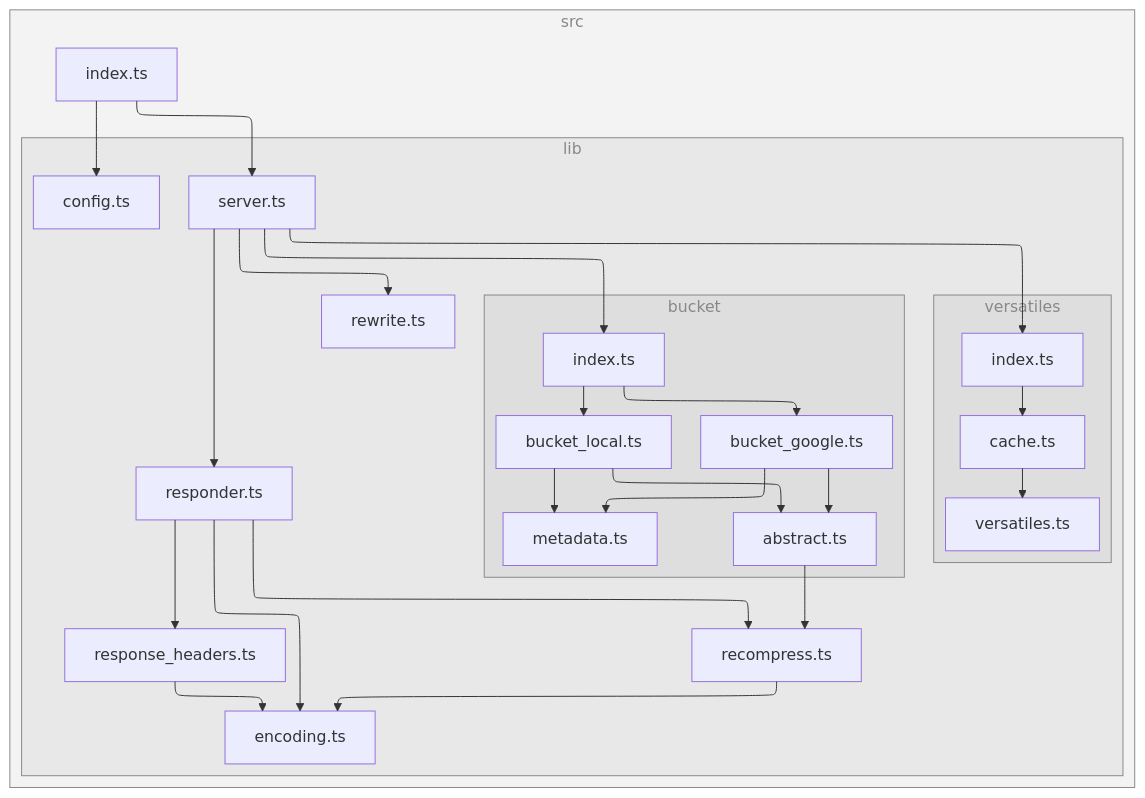
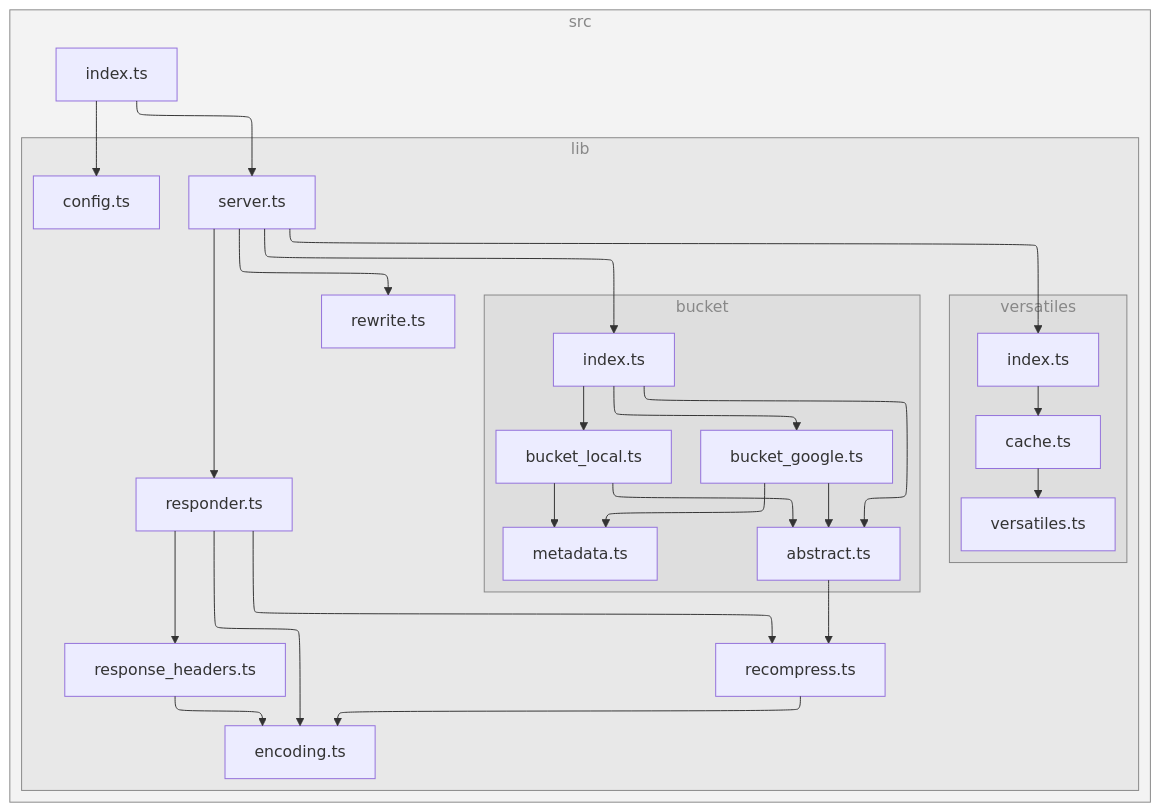
Before and after one commit to versatiles-org/node-versatiles-google-cloud: the diagram in README.md, drawn with Mermaid. The commit also changed 5 other files, not shown here.

````diff
--- a/README.md
+++ b/README.md
@@ -318,55 +318,56 @@
 ```mermaid
 ---
 config:
   layout: elk
 ---
 flowchart TB
 
 subgraph 0["src"]
 1["index.ts"]
 subgraph 2["lib"]
 3["config.ts"]
 4["server.ts"]
 subgraph 5["bucket"]
 6["index.ts"]
-7["bucket_google.ts"]
-8["abstract.ts"]
+7["abstract.ts"]
+A["bucket_google.ts"]
 B["metadata.ts"]
 C["bucket_local.ts"]
 end
-9["recompress.ts"]
-A["encoding.ts"]
+8["recompress.ts"]
+9["encoding.ts"]
 D["responder.ts"]
 E["response_headers.ts"]
 F["rewrite.ts"]
 subgraph G["versatiles"]
 H["index.ts"]
 I["cache.ts"]
 J["versatiles.ts"]
 end
 end
 end
 1-->3
 1-->4
 4-->6
 4-->D
 4-->F
 4-->H
 6-->7
+6-->A
 6-->C
 7-->8
-7-->B
 8-->9
-9-->A
-C-->8
+A-->7
+A-->B
+C-->7
 C-->B
-D-->A
 D-->9
+D-->8
 D-->E
-E-->A
+E-->9
 H-->I
 I-->J
 
 class 0,2,5,G subgraphs;
 classDef subgraphs fill-opacity:0.1, fill:#888, color:#888, stroke:#888;
 ```
````
